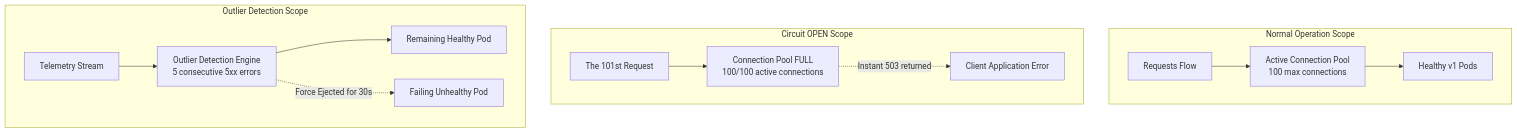
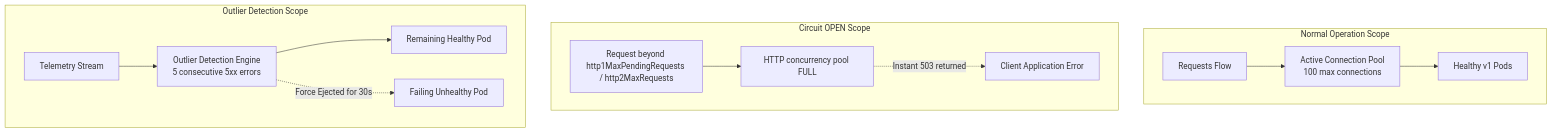
Before and after one commit to kube-dojo/kube-dojo: the third of 3 diagrams in src/content/docs/k8s/ica/module-1.2-istio-traffic-management.md, drawn with Mermaid. The commit also changed other lines of this file and 5 other files, not shown here.

````diff
--- a/src/content/docs/k8s/ica/module-1.2-istio-traffic-management.md
+++ b/src/content/docs/k8s/ica/module-1.2-istio-traffic-management.md
@@ -630,18 +647,18 @@
 ```mermaid
 flowchart TD
     subgraph Normal Operation Scope
         Req1[Requests Flow] --> CP1[Active Connection Pool <br/> 100 max connections]
         CP1 --> S1[Healthy v1 Pods]
     end
 
     subgraph Circuit OPEN Scope
-        Req2[The 101st Request] --> CP2[Connection Pool FULL <br/> 100/100 active connections]
+        Req2[Request beyond http1MaxPendingRequests / http2MaxRequests] --> CP2[HTTP concurrency pool FULL]
         CP2 -.->|Instant 503 returned| Fail[Client Application Error]
     end
 
     subgraph Outlier Detection Scope
         Req3[Telemetry Stream] --> OD[Outlier Detection Engine <br/> 5 consecutive 5xx errors]
         OD --> GoodPod[Remaining Healthy Pod]
         OD -.->|Force Ejected for 30s| BadPod[Failing Unhealthy Pod]
     end
 ```
````
